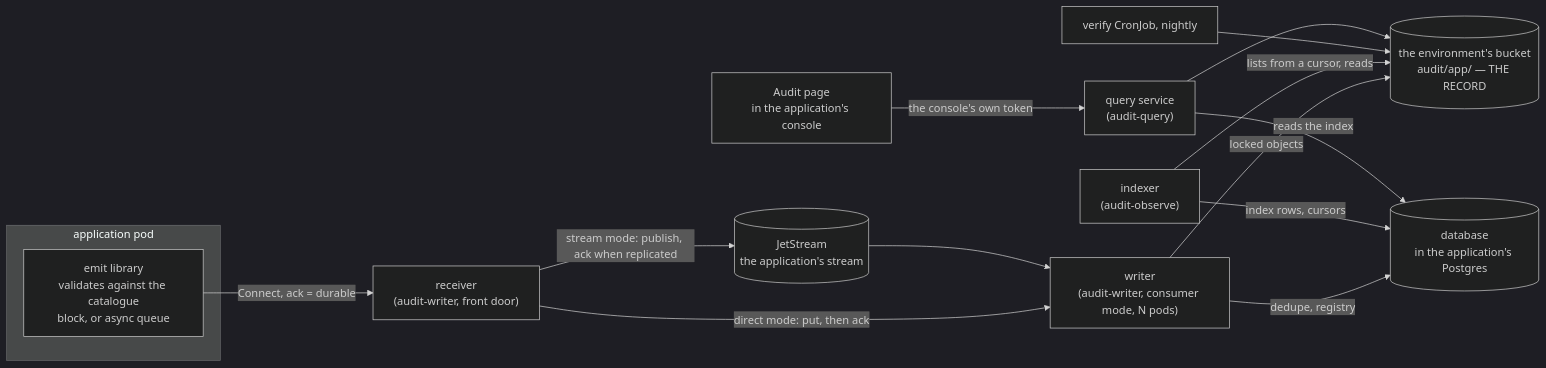
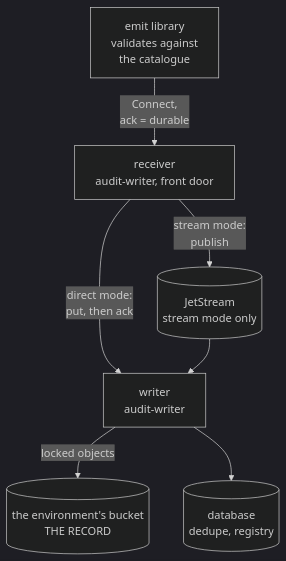
The first of 3 diagrams in docs/audit/explanation/architecture.md (truvity/sluis), drawn with Mermaid (dark theme) before and after one commit. The commit also changed other lines of this file and 39 other files, not shown here.

First line of the commit message:
docs: links, one checker, diagrams at natural size, and the loose ends of the other passes

````diff
--- a/docs/audit/explanation/architecture.md
+++ b/docs/audit/explanation/architecture.md
@@ -25,18 +27,15 @@
 ```mermaid
-flowchart LR
-  subgraph app["application pod"]
-    E["emit library<br/>validates against the catalogue<br/>block, or async queue"]
-  end
-  E -- "Connect, ack = durable" --> R["receiver<br/>(audit-writer, front door)"]
-  R -- "direct mode: put, then ack" --> W
-  R -- "stream mode: publish, ack when replicated" --> NATS[("JetStream<br/>the application's stream")]
-  NATS --> W["writer<br/>(audit-writer, consumer mode, N pods)"]
-  W -- "locked objects" --> S3[("the environment's bucket<br/>audit/app/ — THE RECORD")]
-  W -- "dedupe, registry" --> PG[("database<br/>in the application's Postgres")]
-  O["indexer<br/>(audit-observe)"] -- "lists from a cursor, reads" --> S3
-  O -- "index rows, cursors" --> PG
-  V["verify CronJob, nightly"] --> S3
-  Q["query service<br/>(audit-query)"] -- "reads the index" --> PG
-  Q --> S3
-  UI["Audit page<br/>in the application's console"] -- "the console's own token" --> Q
+flowchart TB
+  E["emit library<br/>validates against<br/>the catalogue"]
+  R["receiver<br/>audit-writer, front door"]
+  NATS[("JetStream<br/>stream mode only")]
+  W["writer<br/>audit-writer"]
+  S3[("the environment's bucket<br/>THE RECORD")]
+  PG[("database<br/>dedupe, registry")]
+  E -- "Connect,<br/>ack = durable" --> R
+  R -- "direct mode:<br/>put, then ack" --> W
+  R -- "stream mode:<br/>publish" --> NATS
+  NATS --> W
+  W -- "locked objects" --> S3
+  W --> PG
 ```
````
